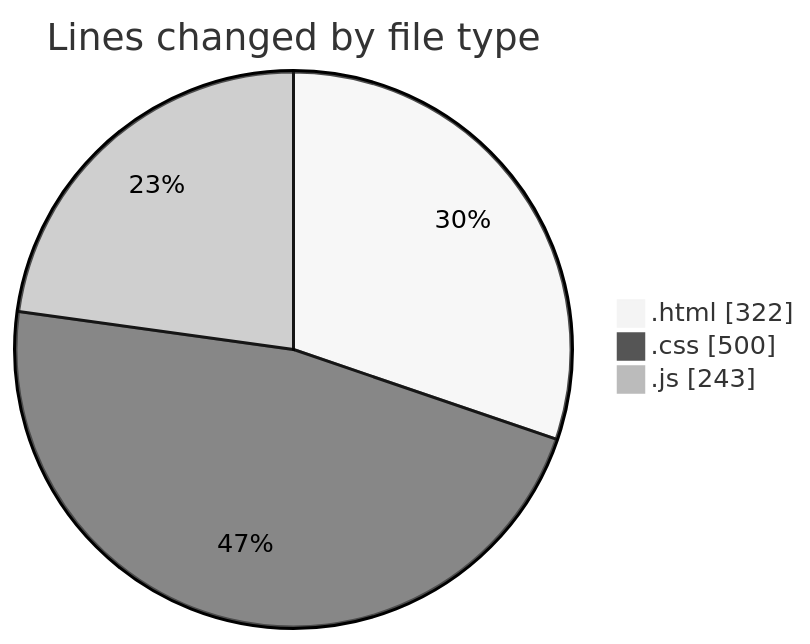
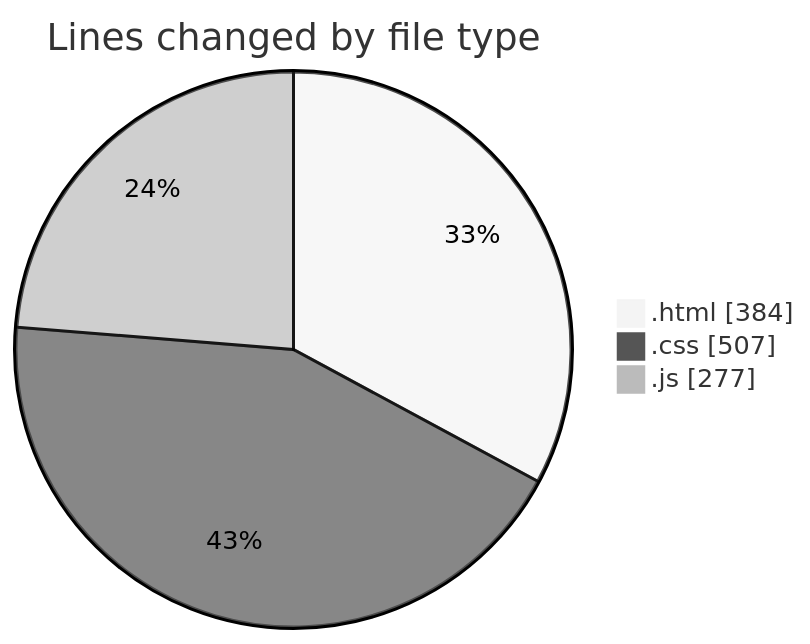
The first of 2 diagrams in 2025-09-01/project_3/README.md (IJAZ3593/code-tracking), drawn with Mermaid (neutral theme) before and after one commit. The commit also changed other lines of this file and 1 other file, not shown here.

````diff
--- a/2025-09-01/project_3/README.md
+++ b/2025-09-01/project_3/README.md
@@ -26,7 +26,7 @@
 ```mermaid
 pie showData
 title Lines changed by file type
-".html" : 322
-".css" : 500
-".js" : 243
+".html" : 384
+".css" : 507
+".js" : 277
 ```
````
